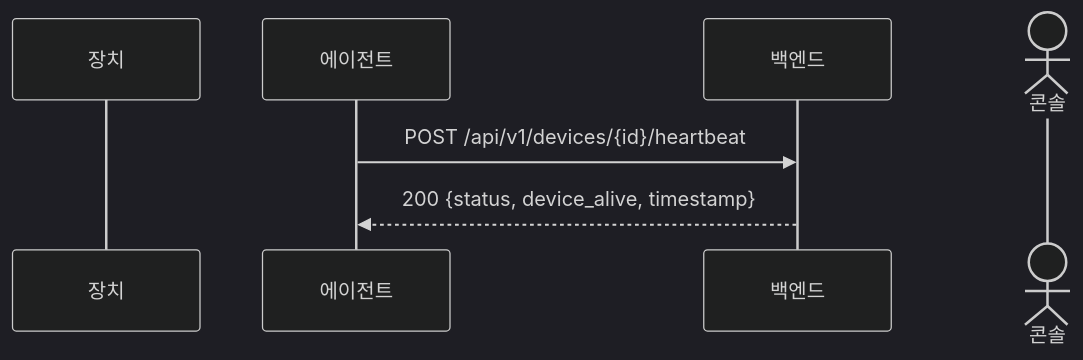
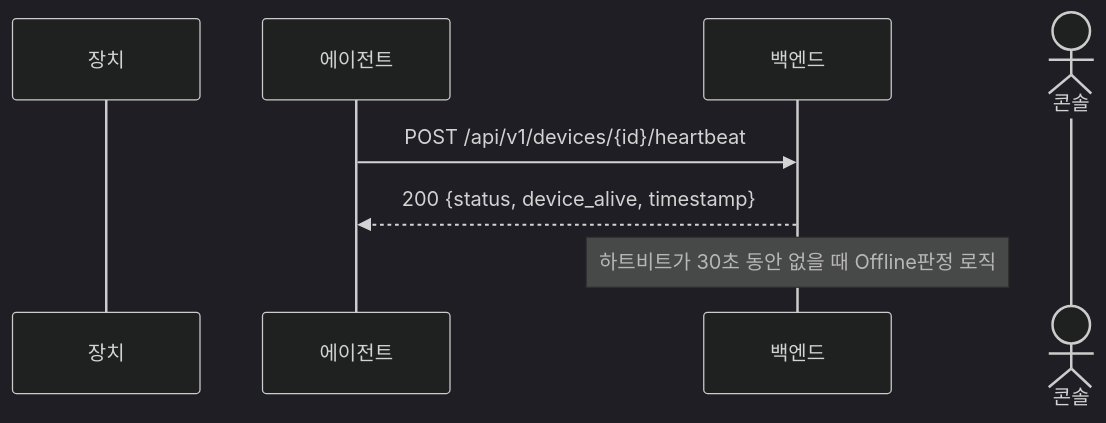
The fourth of 7 diagrams in docs/seq_diagrams.md (AlwaysEden/SV-Project), drawn with Mermaid (dark theme) before and after one commit. The commit also changed other lines of this file, not shown here.

Commit message:
docs: 시퀀스 다이어그램 새로운 로직 추가

````diff
--- a/docs/seq_diagrams.md
+++ b/docs/seq_diagrams.md
@@ -76,10 +76,11 @@
 ```mermaid
 sequenceDiagram
     participant Device as 장치
     participant Agent as 에이전트
     participant Backend as 백엔드
     actor Console as 콘솔
 
     Agent->>Backend: POST /api/v1/devices/{id}/heartbeat
     Backend-->>Agent: 200 {status, device_alive, timestamp}
+    Note over Backend: 하트비트가 30초 동안 없을 때 Offline판정 로직
 ```
````
